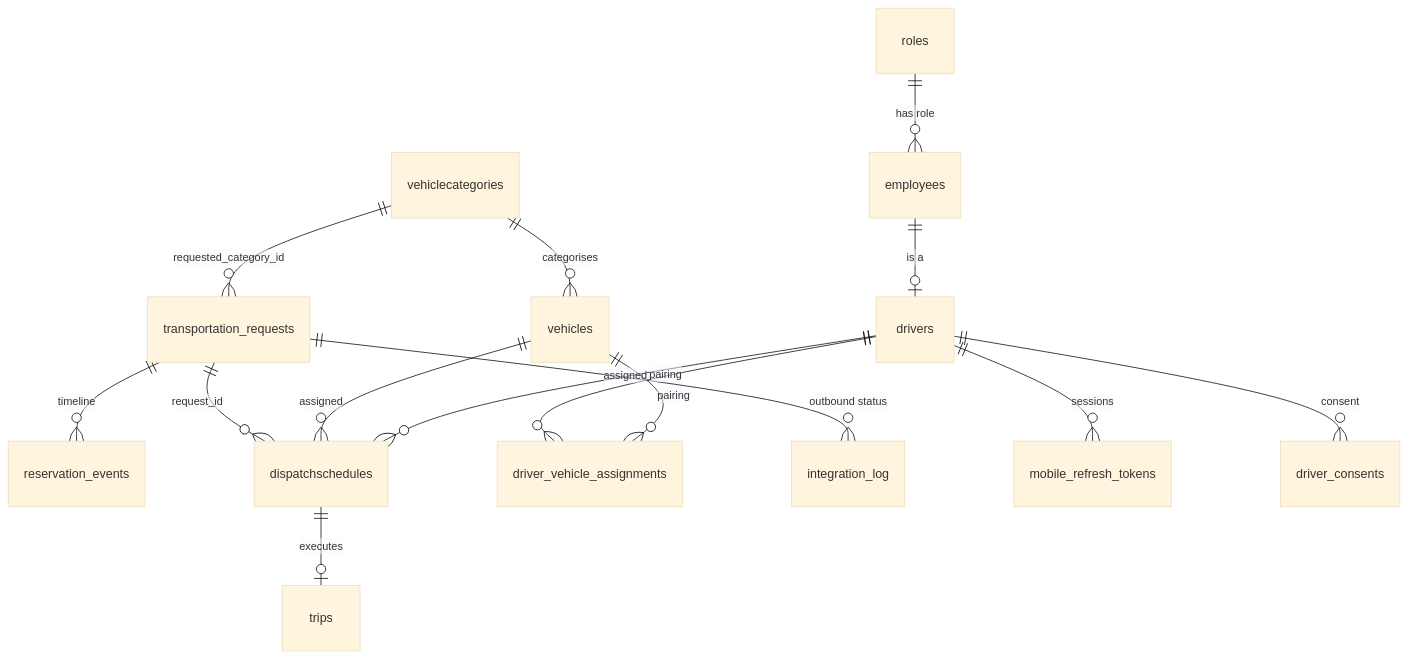
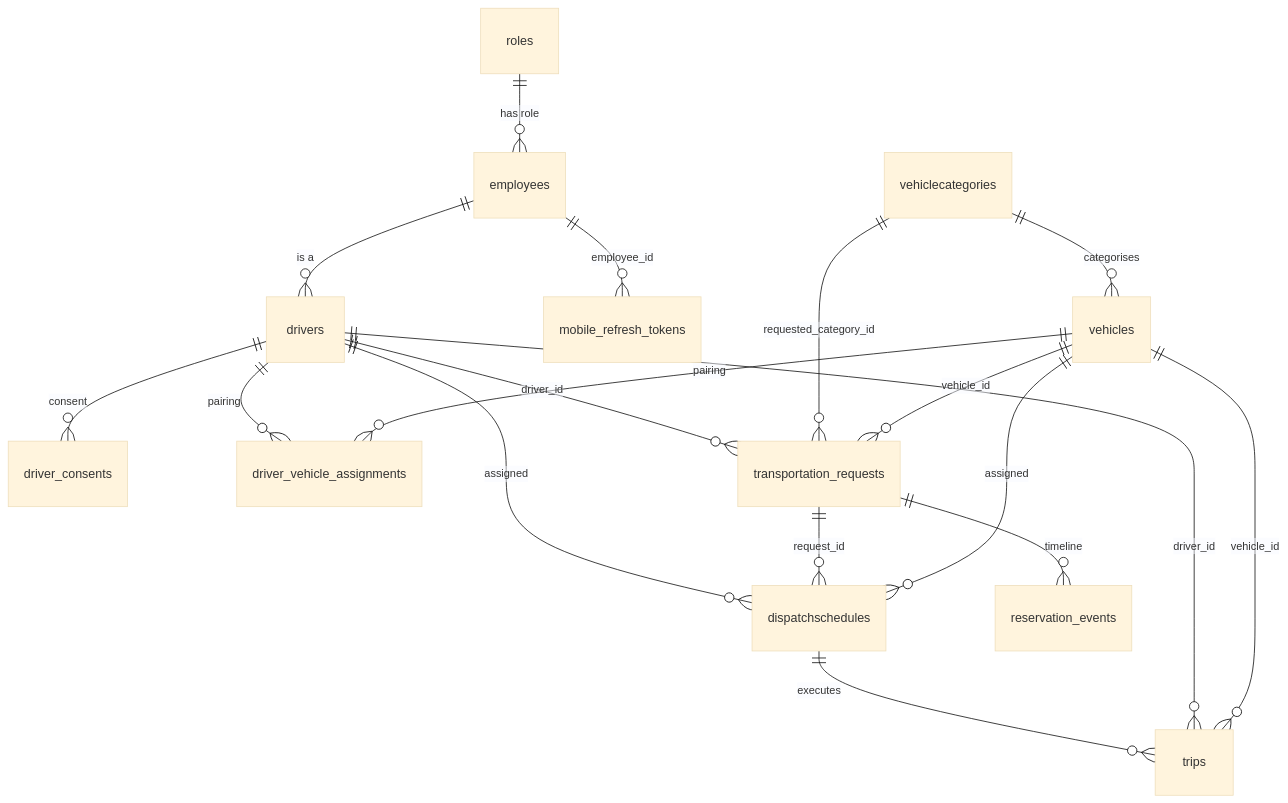
The diagram in Capstone/03 - Database/ERD.md (ro-mee/fleet-transpo), drawn with Mermaid (base theme) before and after one commit. The commit also changed other lines of this file and 43 other files, not shown here.

````diff
--- a/Capstone/03 - Database/ERD.md
+++ b/Capstone/03 - Database/ERD.md
@@ -20,21 +20,20 @@
 ```mermaid
 erDiagram
-    employees ||--o| drivers : "is a"
+    dispatchschedules ||--o{ trips : "executes"
+    drivers ||--o{ dispatchschedules : "assigned"
+    drivers ||--o{ driver_consents : "consent"
+    drivers ||--o{ driver_vehicle_assignments : "pairing"
+    drivers ||--o{ transportation_requests : "driver_id"
+    drivers ||--o{ trips : "driver_id"
+    employees ||--o{ drivers : "is a"
+    employees ||--o{ mobile_refresh_tokens : "employee_id"
     roles ||--o{ employees : "has role"
+    transportation_requests ||--o{ dispatchschedules : "request_id"
+    transportation_requests ||--o{ reservation_events : "timeline"
+    vehiclecategories ||--o{ transportation_requests : "requested_category_id"
     vehiclecategories ||--o{ vehicles : "categorises"
-
-    transportation_requests ||--o{ reservation_events : "timeline"
-    transportation_requests ||--o{ dispatchschedules : "request_id"
-    vehiclecategories ||--o{ transportation_requests : "requested_category_id"
-
     vehicles ||--o{ dispatchschedules : "assigned"
-    drivers ||--o{ dispatchschedules : "assigned"
-    dispatchschedules ||--o| trips : "executes"
-
-    drivers ||--o{ driver_vehicle_assignments : "pairing"
     vehicles ||--o{ driver_vehicle_assignments : "pairing"
-
-    transportation_requests ||--o{ integration_log : "outbound status"
-    drivers ||--o{ mobile_refresh_tokens : "sessions"
-    drivers ||--o{ driver_consents : "consent"
+    vehicles ||--o{ transportation_requests : "vehicle_id"
+    vehicles ||--o{ trips : "vehicle_id"
 ```
````
